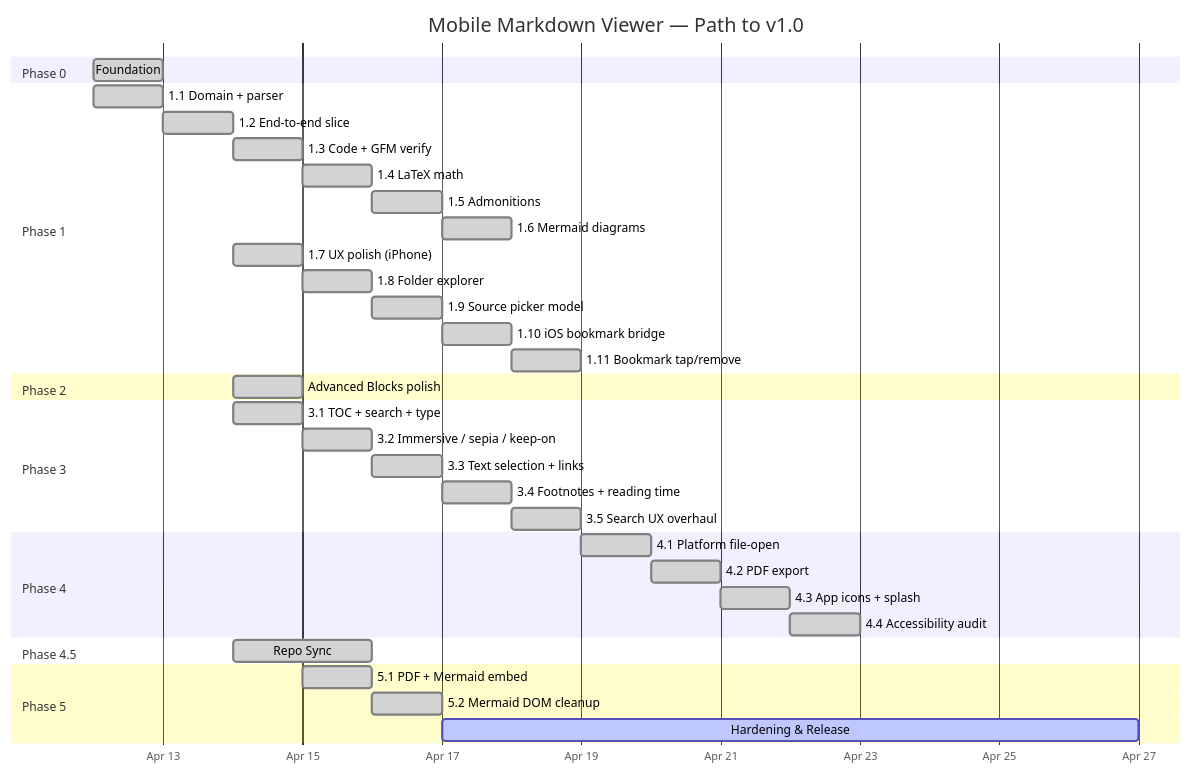
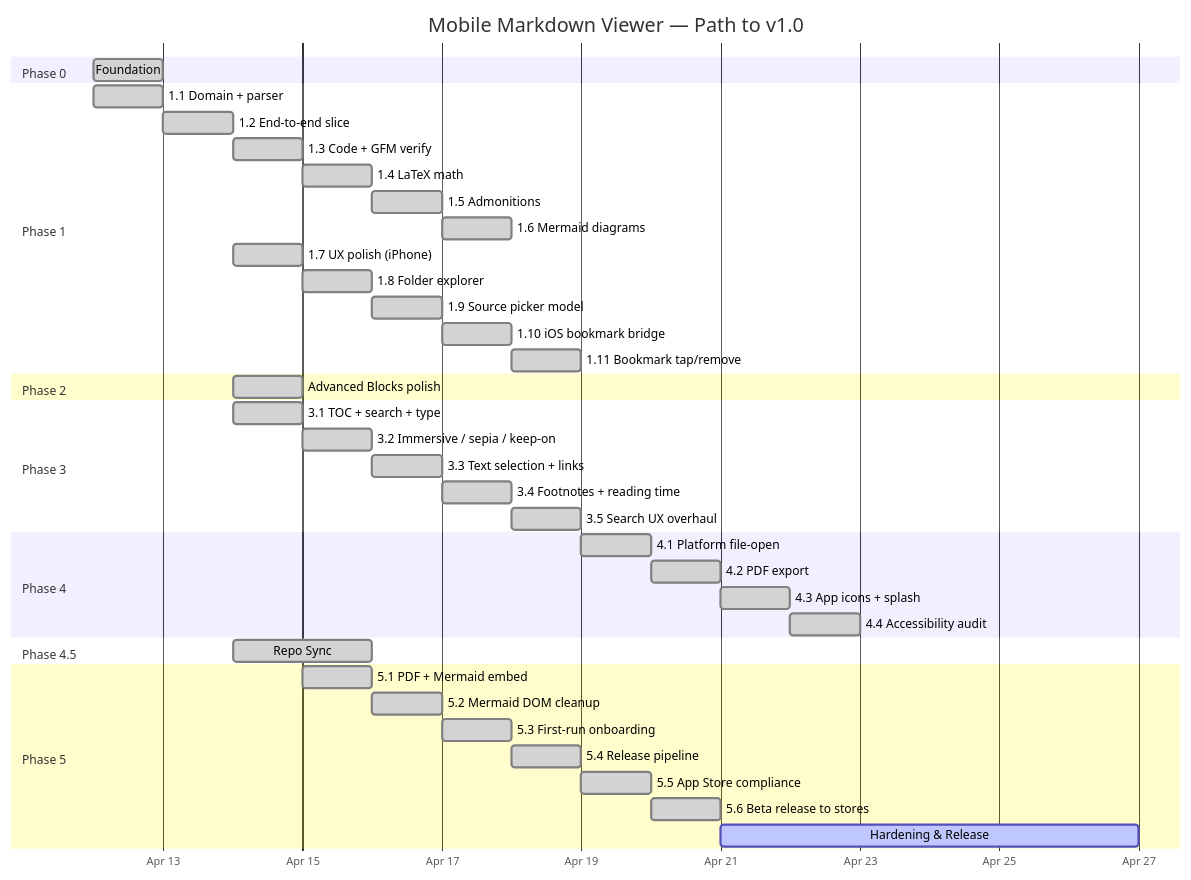
One commit to cemililik/markdown-viewer-mobile changed the diagram in docs/roadmap.md. Above: the diagram before and after it, drawn with Mermaid. The commit also changed other lines of this file, not shown here.

````diff
--- a/docs/roadmap.md
+++ b/docs/roadmap.md
@@ -8,46 +8,50 @@
 ```mermaid
 gantt
     title Mobile Markdown Viewer — Path to v1.0
     dateFormat  YYYY-MM-DD
     axisFormat  %b %d
 
     section Phase 0
     Foundation               :done, p0, 2026-04-12, 1d
 
     section Phase 1
     1.1 Domain + parser      :done, p11, 2026-04-12, 1d
     1.2 End-to-end slice     :done, p12, after p11, 1d
     1.3 Code + GFM verify    :done, p13, after p12, 1d
     1.4 LaTeX math           :done, p14, after p13, 1d
     1.5 Admonitions          :done, p15, after p14, 1d
     1.6 Mermaid diagrams     :done, p16, after p15, 1d
     1.7 UX polish (iPhone)   :done, p17, 2026-04-14, 1d
     1.8 Folder explorer      :done, p18, after p17, 1d
     1.9 Source picker model  :done, p19, after p18, 1d
     1.10 iOS bookmark bridge :done, p110, after p19, 1d
     1.11 Bookmark tap/remove :done, p111, after p110, 1d
 
     section Phase 2
     Advanced Blocks polish   :done, p2, 2026-04-14, 1d
 
     section Phase 3
     3.1 TOC + search + type  :done, p31, 2026-04-14, 1d
     3.2 Immersive / sepia / keep-on :done, p32, after p31, 1d
     3.3 Text selection + links :done, p33, after p32, 1d
     3.4 Footnotes + reading time :done, p34, after p33, 1d
     3.5 Search UX overhaul   :done, p35, after p34, 1d
 
     section Phase 4
     4.1 Platform file-open   :done, p41, after p35, 1d
     4.2 PDF export           :done, p42, after p41, 1d
     4.3 App icons + splash   :done, p43, after p42, 1d
     4.4 Accessibility audit  :done, p44, after p43, 1d
 
     section Phase 4.5
     Repo Sync                :done, p45, 2026-04-14, 2d
 
     section Phase 5
-    5.1 PDF + Mermaid embed  :done, p51, 2026-04-15, 1d
-    5.2 Mermaid DOM cleanup  :done, p52, after p51, 1d
-    Hardening & Release      :active, p5, after p52, 10d
+    5.1 PDF + Mermaid embed     :done, p51, 2026-04-15, 1d
+    5.2 Mermaid DOM cleanup     :done, p52, after p51, 1d
+    5.3 First-run onboarding    :done, p53, after p52, 1d
+    5.4 Release pipeline        :done, p54, after p53, 1d
+    5.5 App Store compliance    :done, p55, after p54, 1d
+    5.6 Beta release to stores  :done, p56, after p55, 1d
+    Hardening & Release         :active, p5, after p56, 6d
 ```
````
